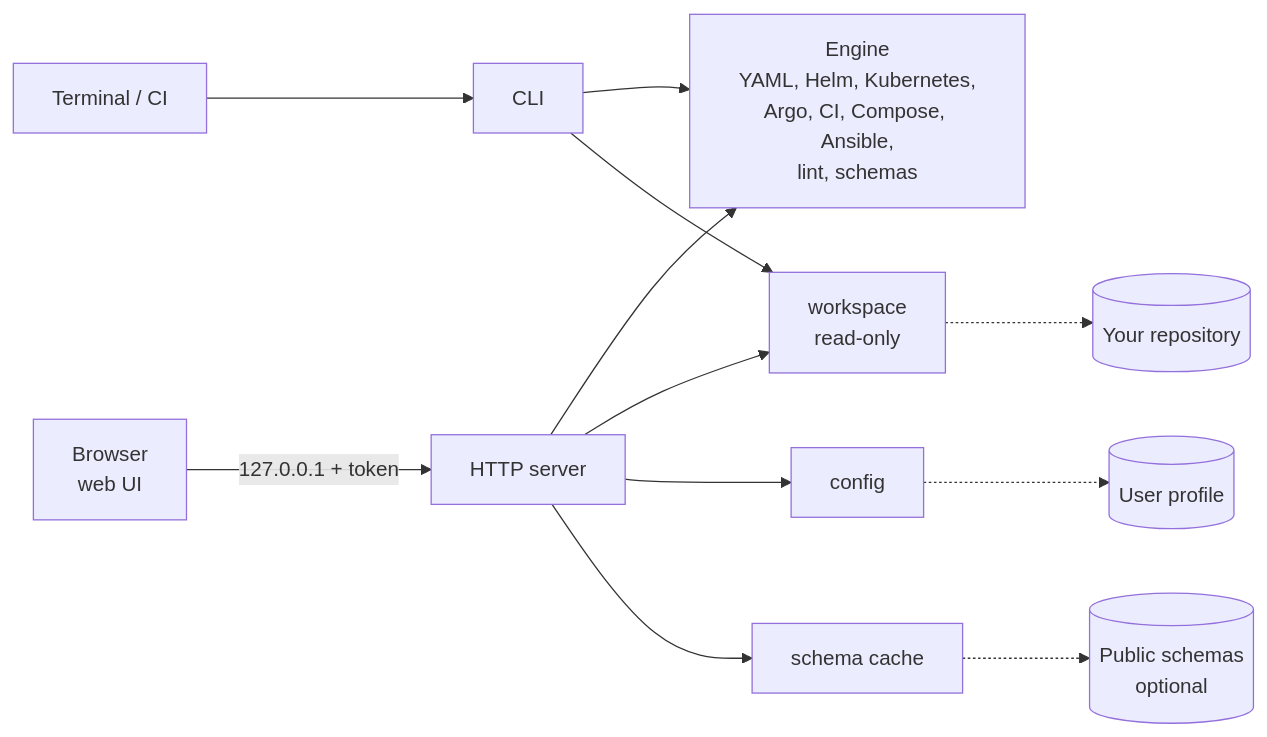
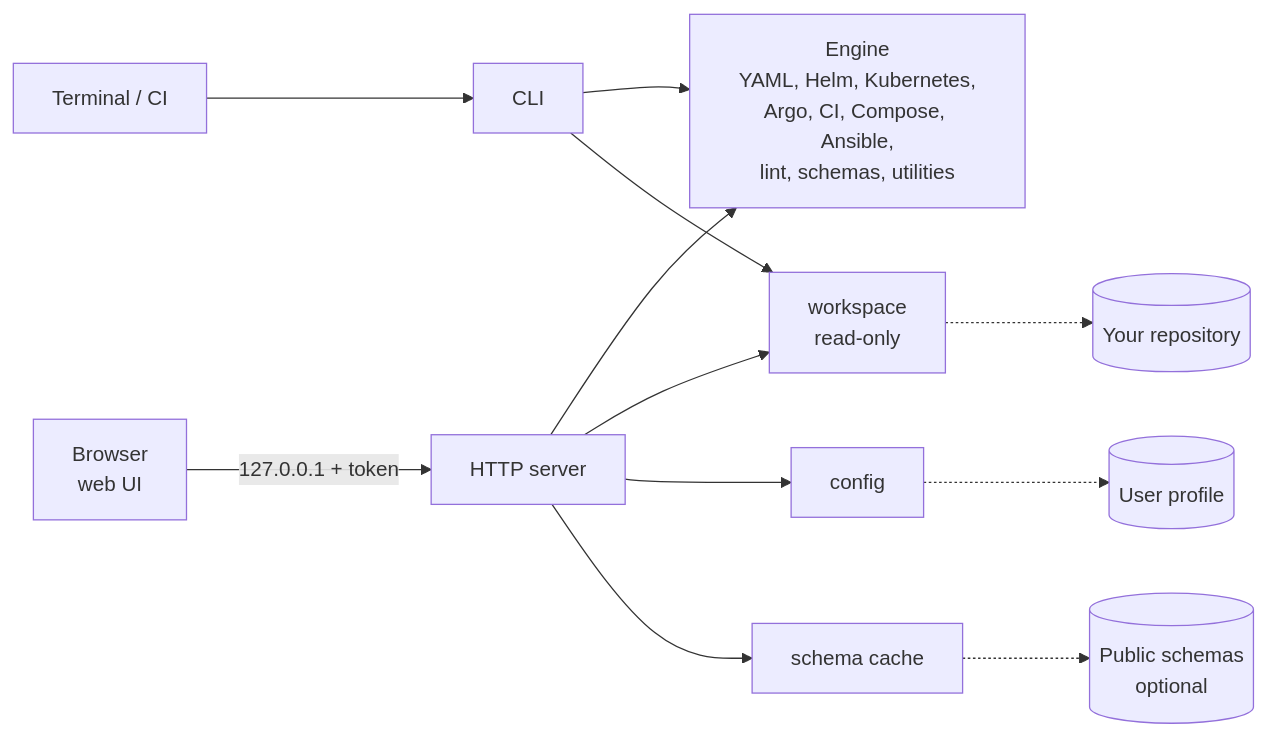
One commit to mahasenabheetha/codec changed the diagram in README.md. Above: the diagram before and after it, drawn with Mermaid. The commit also changed other lines of this file and 106 other files, not shown here.

````diff
--- a/README.md
+++ b/README.md
@@ -150,14 +163,14 @@
 ```mermaid
 flowchart LR
   B[Browser<br/>web UI] -->|127.0.0.1 + token| S[HTTP server]
   T[Terminal / CI] --> C[CLI]
-  S --> E[Engine<br/>YAML, Helm, Kubernetes,<br/>Argo, CI, Compose, Ansible,<br/>lint, schemas]
+  S --> E[Engine<br/>YAML, Helm, Kubernetes,<br/>Argo, CI, Compose, Ansible,<br/>lint, schemas, utilities]
   C --> E
   S --> W[workspace<br/>read-only]
   S --> P[config]
   S --> K[schema cache]
   C --> W
   W -.-> R[(Your repository)]
   P -.-> U[(User profile)]
   K -.-> X[(Public schemas<br/>optional)]
 ```
````
